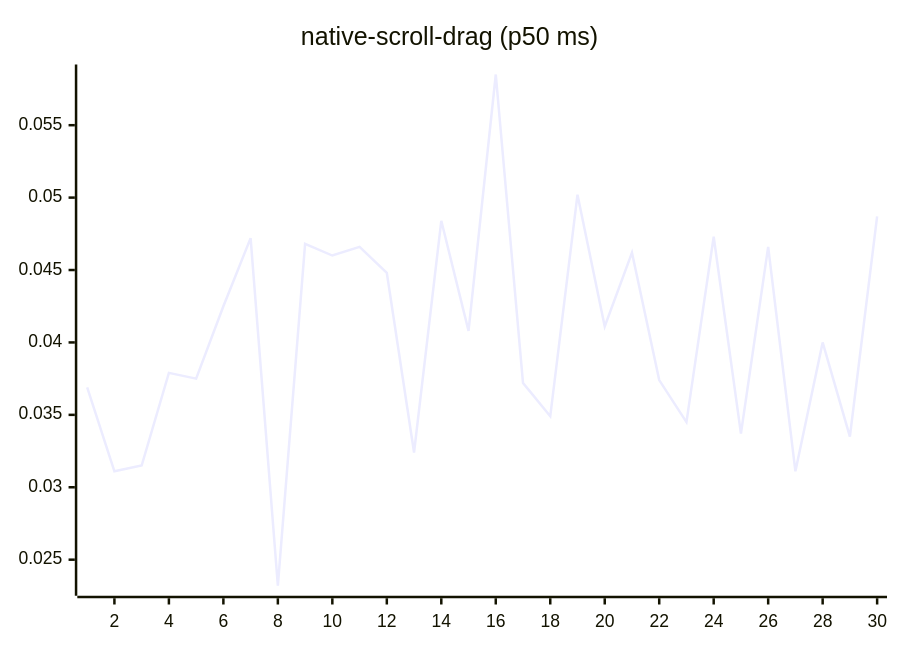
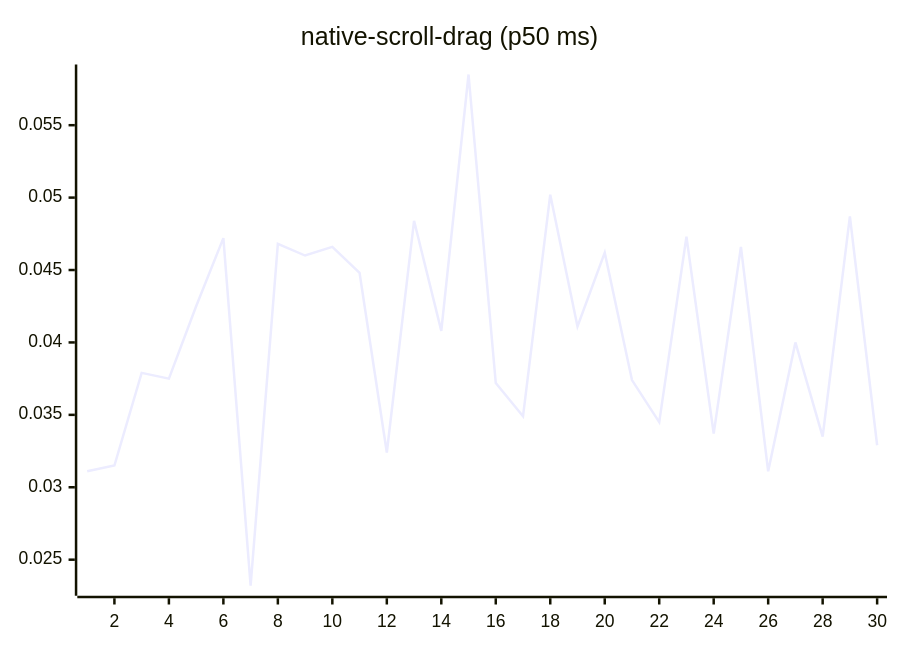
One commit to josha/Facet changed diagram 14 of 27 in README.md. Above: the diagram before and after it, drawn with Mermaid. The commit also changed other lines of this file and 2 other files, not shown here.

````diff
--- a/README.md
+++ b/README.md
@@ -154,6 +154,6 @@
 ```mermaid
 xychart-beta
     title "native-scroll-drag (p50 ms)"
     x-axis 1 --> 30
-    line [0.0369, 0.0311, 0.0315, 0.0379, 0.0375, 0.0425, 0.0472, 0.0232, 0.0468, 0.0460, 0.0466, 0.0448, 0.0324, 0.0484, 0.0408, 0.0585, 0.0372, 0.0349, 0.0502, 0.0411, 0.0462, 0.0374, 0.0345, 0.0473, 0.0337, 0.0466, 0.0311, 0.0400, 0.0335, 0.0487]
+    line [0.0311, 0.0315, 0.0379, 0.0375, 0.0425, 0.0472, 0.0232, 0.0468, 0.0460, 0.0466, 0.0448, 0.0324, 0.0484, 0.0408, 0.0585, 0.0372, 0.0349, 0.0502, 0.0411, 0.0462, 0.0374, 0.0345, 0.0473, 0.0337, 0.0466, 0.0311, 0.0400, 0.0335, 0.0487, 0.0329]
 ```
````
